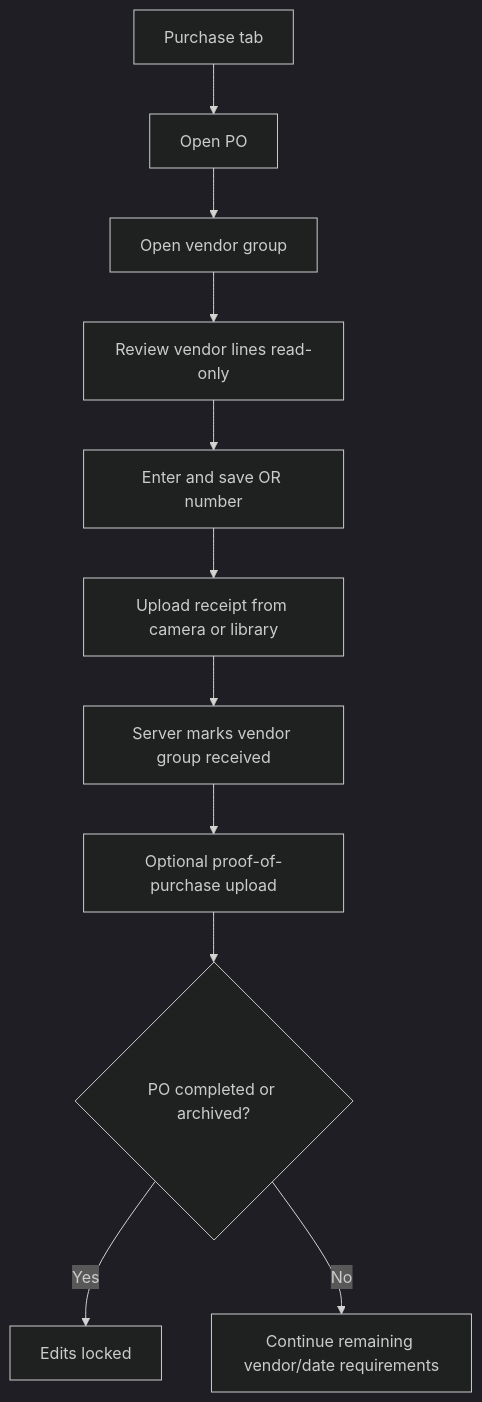
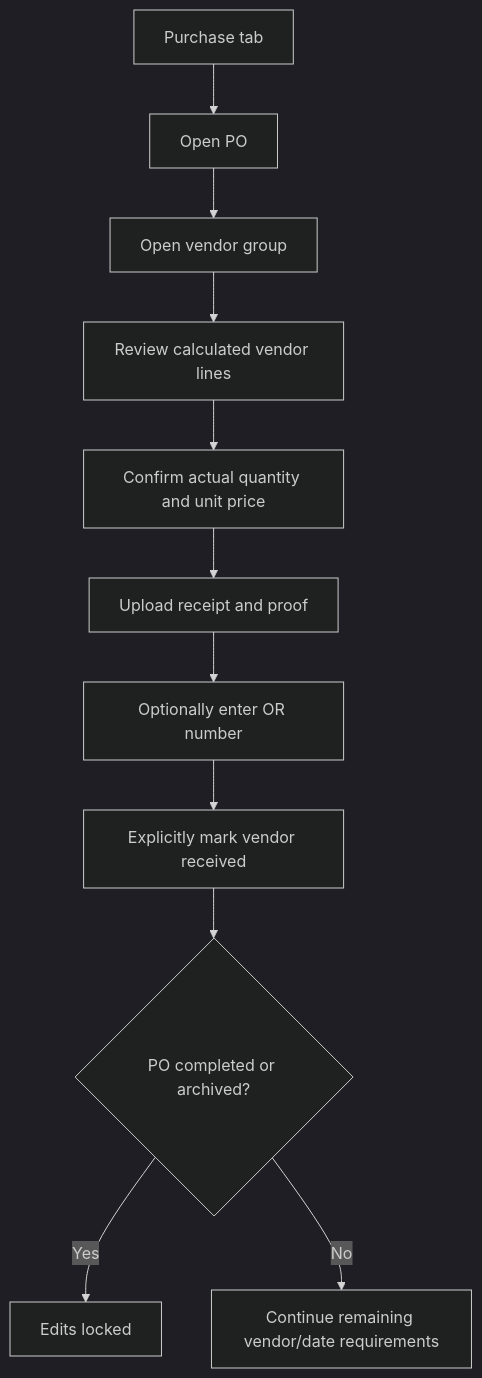
The third of 5 diagrams in docs/modules/Flowcharts/FSS Mobile Execution Flow.md (ja2gc/Nutriscope), drawn with Mermaid (dark theme) before and after one commit. The commit also changed other lines of this file and 63 other files, not shown here.

````diff
--- a/docs/modules/Flowcharts/FSS Mobile Execution Flow.md
+++ b/docs/modules/Flowcharts/FSS Mobile Execution Flow.md
@@ -61,13 +61,13 @@
 ```mermaid
 flowchart TD
     A["Purchase tab"] --> B["Open PO"]
     B --> C["Open vendor group"]
-    C --> D["Review vendor lines read-only"]
-    D --> E["Enter and save OR number"]
-    E --> F["Upload receipt from camera or library"]
-    F --> G["Server marks vendor group received"]
-    G --> H["Optional proof-of-purchase upload"]
+    C --> D["Review calculated vendor lines"]
+    D --> E["Confirm actual quantity and unit price"]
+    E --> F["Upload receipt and proof"]
+    F --> G["Optionally enter OR number"]
+    G --> H["Explicitly mark vendor received"]
     H --> I{"PO completed or archived?"}
     I -->|"Yes"| J["Edits locked"]
     I -->|"No"| K["Continue remaining vendor/date requirements"]
 ```
````
